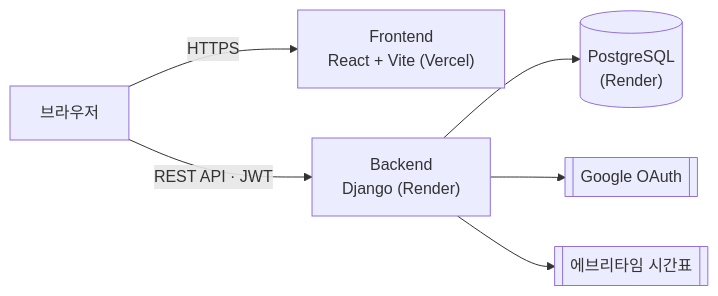
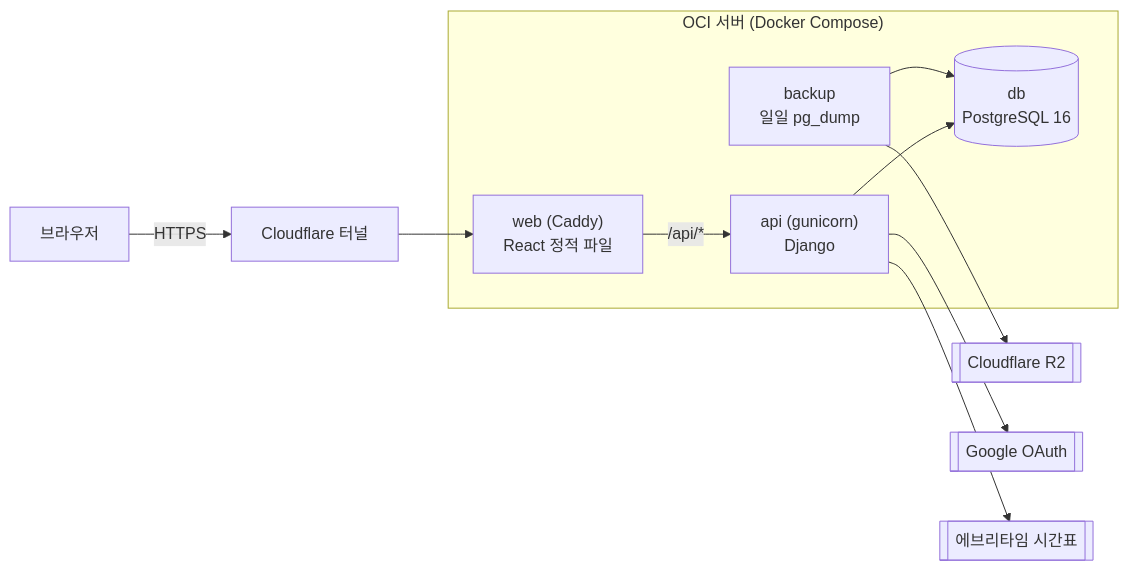
The diagram in README.md (KimHands/SCH-Meet), drawn with Mermaid before and after one commit. The commit also changed other lines of this file, not shown here.

First line of the commit message:
README를 OCI 서버 이전 기준으로 개편

````diff
--- a/README.md
+++ b/README.md
@@ -113,8 +113,17 @@
 ```mermaid
 flowchart LR
-    Browser[브라우저] -- HTTPS --> Vercel["Frontend<br/>React + Vite (Vercel)"]
-    Browser -- "REST API · JWT" --> API["Backend<br/>Django (Render)"]
-    API --> DB[("PostgreSQL<br/>(Render)")]
+    Browser[브라우저] -- HTTPS --> Tunnel[Cloudflare 터널]
+    subgraph Server["OCI 서버 (Docker Compose)"]
+        Web["web (Caddy)<br/>React 정적 파일"]
+        API["api (gunicorn)<br/>Django"]
+        DB[("db<br/>PostgreSQL 16")]
+        Backup["backup<br/>일일 pg_dump"]
+    end
+    Tunnel --> Web
+    Web -- "/api/*" --> API
+    API --> DB
+    Backup --> DB
+    Backup --> R2[[Cloudflare R2]]
     API --> Google[[Google OAuth]]
     API --> Everytime[[에브리타임 시간표]]
 ```
````
